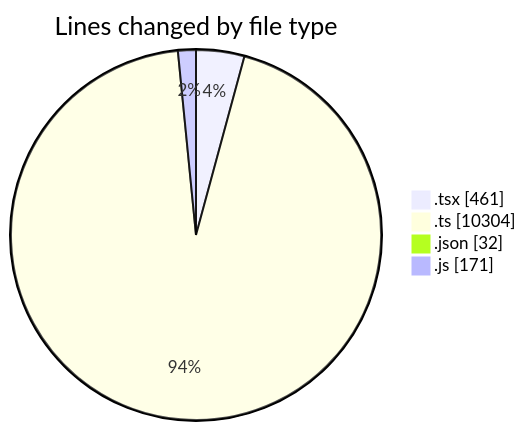
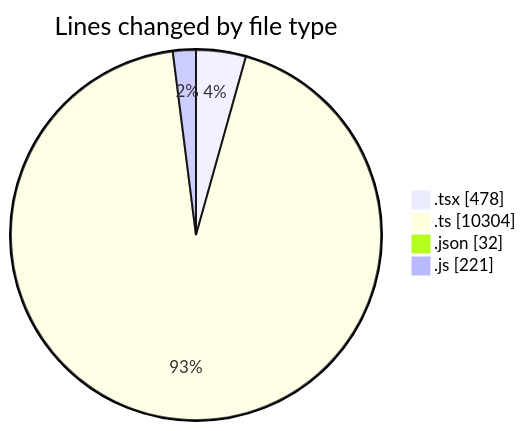
The first of 2 diagrams in 2026-07-22/cda/README.md (momahboobian/code-tracking), drawn with Mermaid before and after one commit. The commit also changed other lines of this file and 1 other file, not shown here.

````diff
--- a/2026-07-22/cda/README.md
+++ b/2026-07-22/cda/README.md
@@ -29,8 +29,8 @@
 ```mermaid
 pie showData
 title Lines changed by file type
-".tsx" : 461
+".tsx" : 478
 ".ts" : 10304
 ".json" : 32
-".js" : 171
+".js" : 221
 ```
````
